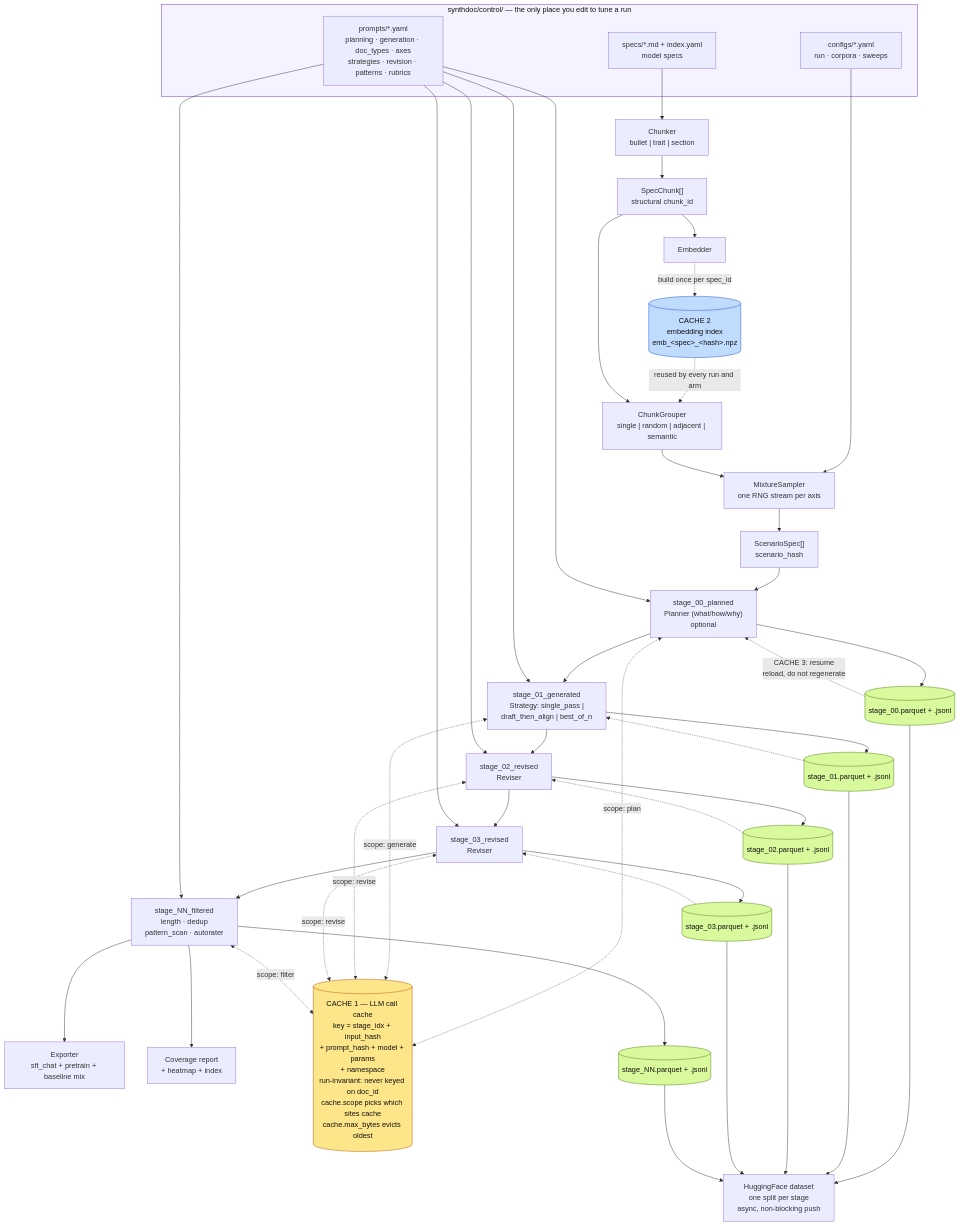
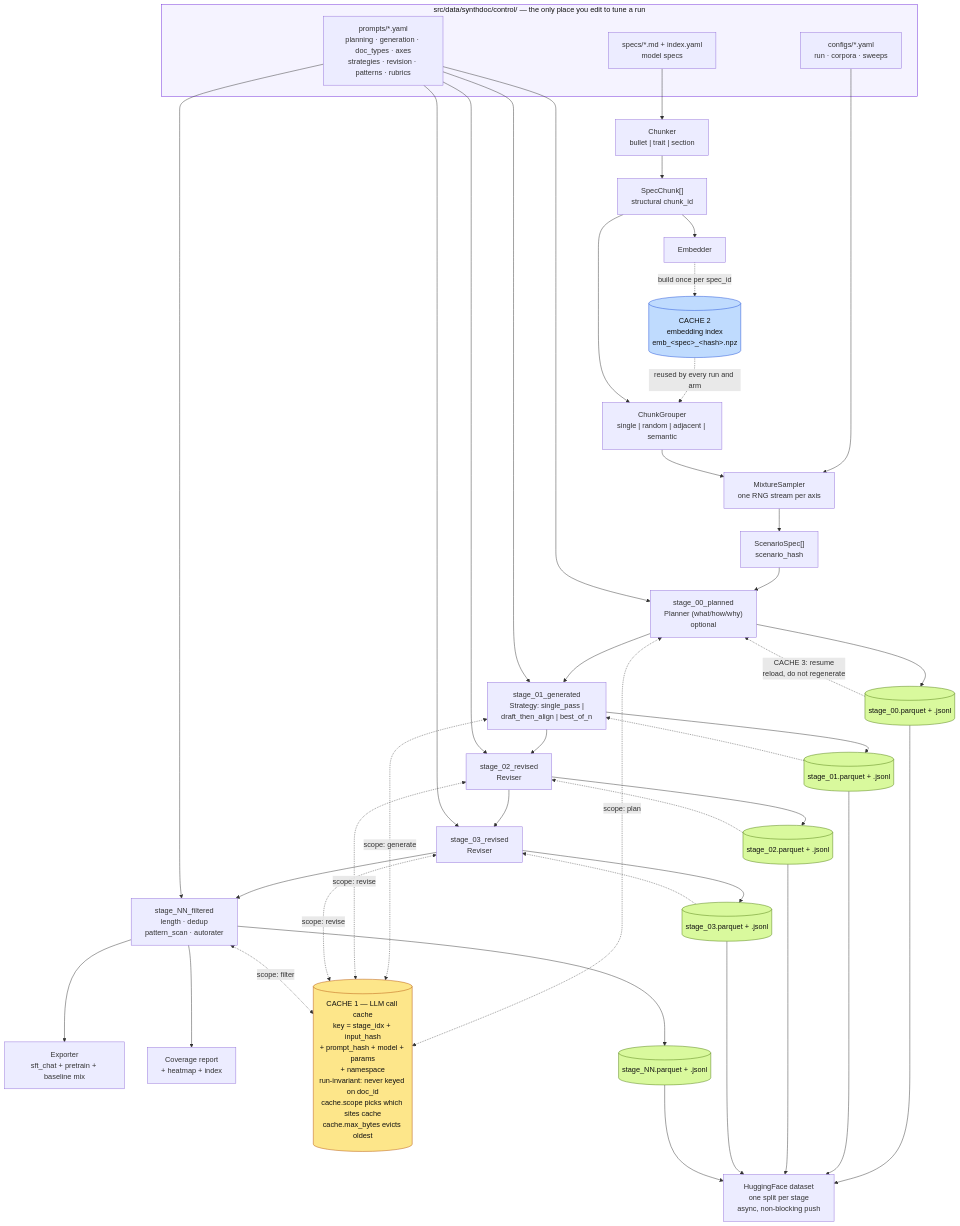
The diagram in src/data/synthdoc/README.md (Matthew-Bozoukov/Lessons_from_constituitional_AFT), drawn with Mermaid before and after one commit. The commit also changed other lines of this file and 80 other files, not shown here.

````diff
--- a/src/data/synthdoc/README.md
+++ b/src/data/synthdoc/README.md
@@ -87,67 +87,67 @@
 ```mermaid
 flowchart TB
-    subgraph CONTROL["synthdoc/control/ — the only place you edit to tune a run"]
+    subgraph CONTROL["src/data/synthdoc/control/ — the only place you edit to tune a run"]
         CFG["configs/*.yaml<br/>run · corpora · sweeps"]
         PR["prompts/*.yaml<br/>planning · generation · doc_types · axes<br/>strategies · revision · patterns · rubrics"]
         SP["specs/*.md + index.yaml<br/>model specs"]
     end
 
     SP --> CH["Chunker<br/>bullet | trait | section"]
     CH --> CHUNKS["SpecChunk[]<br/>structural chunk_id"]
 
     CHUNKS --> EMB["Embedder"]
     EMB -.->|"build once per spec_id"| C2[("CACHE 2<br/>embedding index<br/>emb_&lt;spec&gt;_&lt;hash&gt;.npz")]
     C2 -.->|reused by every run and arm| GRP
 
     CHUNKS --> GRP["ChunkGrouper<br/>single | random | adjacent | semantic"]
     CFG --> SAM["MixtureSampler<br/>one RNG stream per axis"]
     GRP --> SAM
     SAM --> SC["ScenarioSpec[]<br/>scenario_hash"]
 
     SC --> SP0["stage_00_planned<br/>Planner (what/how/why)<br/>optional"]
     SP0 --> S0["stage_01_generated<br/>Strategy: single_pass |<br/>draft_then_align | best_of_n"]
     S0 --> S1["stage_02_revised<br/>Reviser"]
     S1 --> S2["stage_03_revised<br/>Reviser"]
     S2 --> SF["stage_NN_filtered<br/>length · dedup<br/>pattern_scan · autorater"]
     SF --> EXP["Exporter<br/>sft_chat + pretrain + baseline mix"]
     SF --> REP["Coverage report<br/>+ heatmap + index"]
 
     PR --> SP0
     PR --> S0
     PR --> S1
     PR --> S2
     PR --> SF
 
     SP0 <-.->|scope: plan| C1
     S0 <-.->|scope: generate| C1
     S1 <-.->|scope: revise| C1
     S2 <-.->|scope: revise| C1
     SF <-.->|scope: filter| C1
     C1[("CACHE 1 — LLM call cache<br/>key = stage_idx + input_hash<br/>+ prompt_hash + model + params<br/>+ namespace<br/>run-invariant: never keyed on doc_id<br/>cache.scope picks which sites cache<br/>cache.max_bytes evicts oldest")]
 
     SP0 --> SNAPP[("stage_00.parquet + .jsonl")]
     S0 --> SNAP0[("stage_01.parquet + .jsonl")]
     S1 --> SNAP1[("stage_02.parquet + .jsonl")]
     S2 --> SNAP2[("stage_03.parquet + .jsonl")]
     SF --> SNAPF[("stage_NN.parquet + .jsonl")]
 
     SNAPP -.->|"CACHE 3: resume<br/>reload, do not regenerate"| SP0
     SNAP0 -.-> S0
     SNAP1 -.-> S1
     SNAP2 -.-> S2
 
     SNAPP --> HF["HuggingFace dataset<br/>one split per stage<br/>async, non-blocking push"]
     SNAP0 --> HF
     SNAP1 --> HF
     SNAP2 --> HF
     SNAPF --> HF
 
     style C1 fill:#fde68a,stroke:#b45309,color:#111
     style C2 fill:#bfdbfe,stroke:#1d4ed8,color:#111
     style SNAPP fill:#d9f99d,stroke:#4d7c0f,color:#111
     style SNAP0 fill:#d9f99d,stroke:#4d7c0f,color:#111
     style SNAP1 fill:#d9f99d,stroke:#4d7c0f,color:#111
     style SNAP2 fill:#d9f99d,stroke:#4d7c0f,color:#111
     style SNAPF fill:#d9f99d,stroke:#4d7c0f,color:#111
     style CONTROL fill:#f5f3ff,stroke:#6d28d9,color:#111
 ```
````
